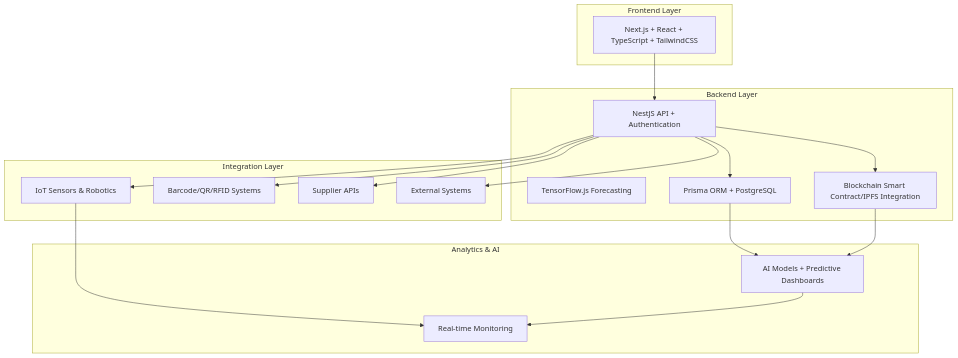
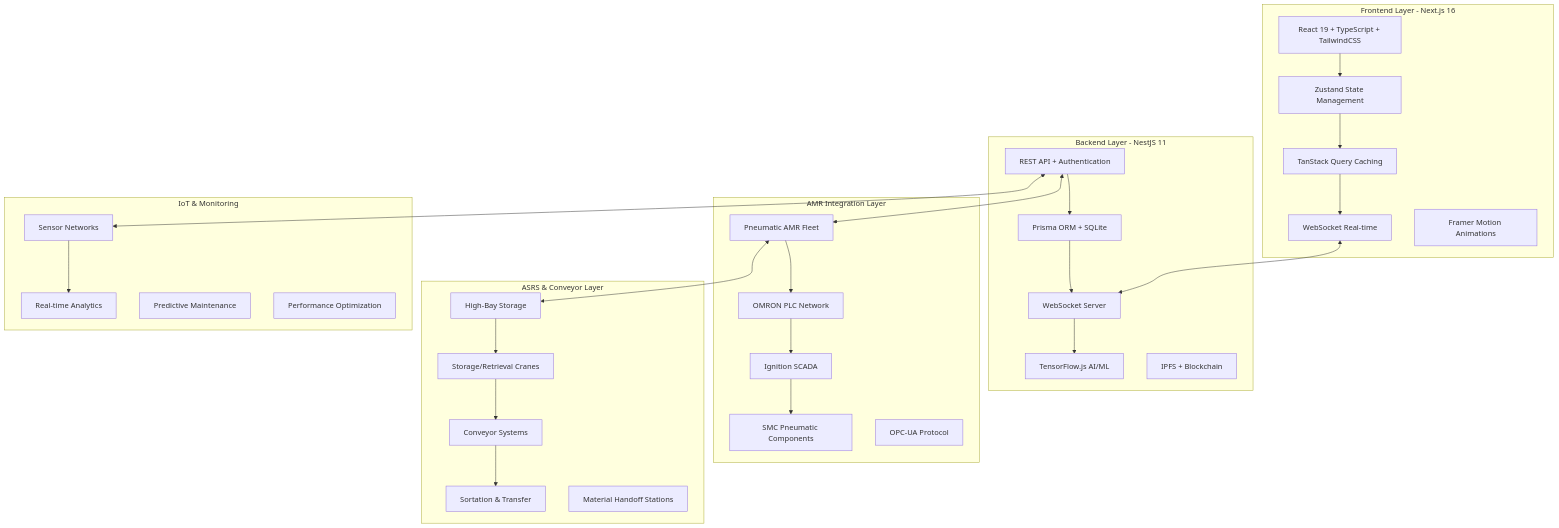
The first of 3 diagrams in README.md (kk666679/asrs), drawn with Mermaid before and after one commit. The commit also changed other lines of this file and 446 other files, not shown here.

````diff
--- a/README.md
+++ b/README.md
@@ -38,37 +40,59 @@
 ```mermaid
 graph TB
-    subgraph "Frontend Layer"
-        A[Next.js + React + TypeScript + TailwindCSS]
+    subgraph "Frontend Layer - Next.js 16"
+        A[React 19 + TypeScript + TailwindCSS]
+        A1[Zustand State Management]
+        A2[TanStack Query Caching]
+        A3[WebSocket Real-time]
+        A4[Framer Motion Animations]
     end
 
-    subgraph "Backend Layer"
-        B[NestJS API + Authentication]
-        C[TensorFlow.js Forecasting]
-        D[Prisma ORM + PostgreSQL]
-        E[Blockchain Smart Contract/IPFS Integration]
+    subgraph "Backend Layer - NestJS 11"
+        B[REST API + Authentication]
+        B1[Prisma ORM + SQLite]
+        B2[WebSocket Server]
+        B3[TensorFlow.js AI/ML]
+        B4[IPFS + Blockchain]
     end
 
-    subgraph "Integration Layer"
-        F[IoT Sensors & Robotics]
-        G[Barcode/QR/RFID Systems]
-        H[Supplier APIs]
-        I[External Systems]
+    subgraph "AMR Integration Layer"
+        C[Pneumatic AMR Fleet]
+        C1[OMRON PLC Network]
+        C2[Ignition SCADA]
+        C3[SMC Pneumatic Components]
+        C4[OPC-UA Protocol]
     end
 
-    subgraph "Analytics & AI"
-        J[AI Models + Predictive Dashboards]
-        K[Real-time Monitoring]
+    subgraph "ASRS & Conveyor Layer"
+        D[High-Bay Storage]
+        D1[Storage/Retrieval Cranes]
+        D2[Conveyor Systems]
+        D3[Sortation & Transfer]
+        D4[Material Handoff Stations]
     end
 
-    A --> B
-    B --> D
-    B --> E
-    B --> F
-    B --> G
-    B --> H
-    B --> I
-    D --> J
-    E --> J
-    F --> K
-    J --> K
+    subgraph "IoT & Monitoring"
+        E[Sensor Networks]
+        E1[Real-time Analytics]
+        E2[Predictive Maintenance]
+        E3[Performance Optimization]
+    end
+
+    A --> A1
+    A1 --> A2
+    A2 --> A3
+    B --> B1
+    B1 --> B2
+    B2 --> B3
+    C --> C1
+    C1 --> C2
+    C2 --> C3
+    D --> D1
+    D1 --> D2
+    D2 --> D3
+    A3 <--> B2
+    B <--> C
+    C <--> D
+    B <--> E
+    E --> E1
 ```
````
